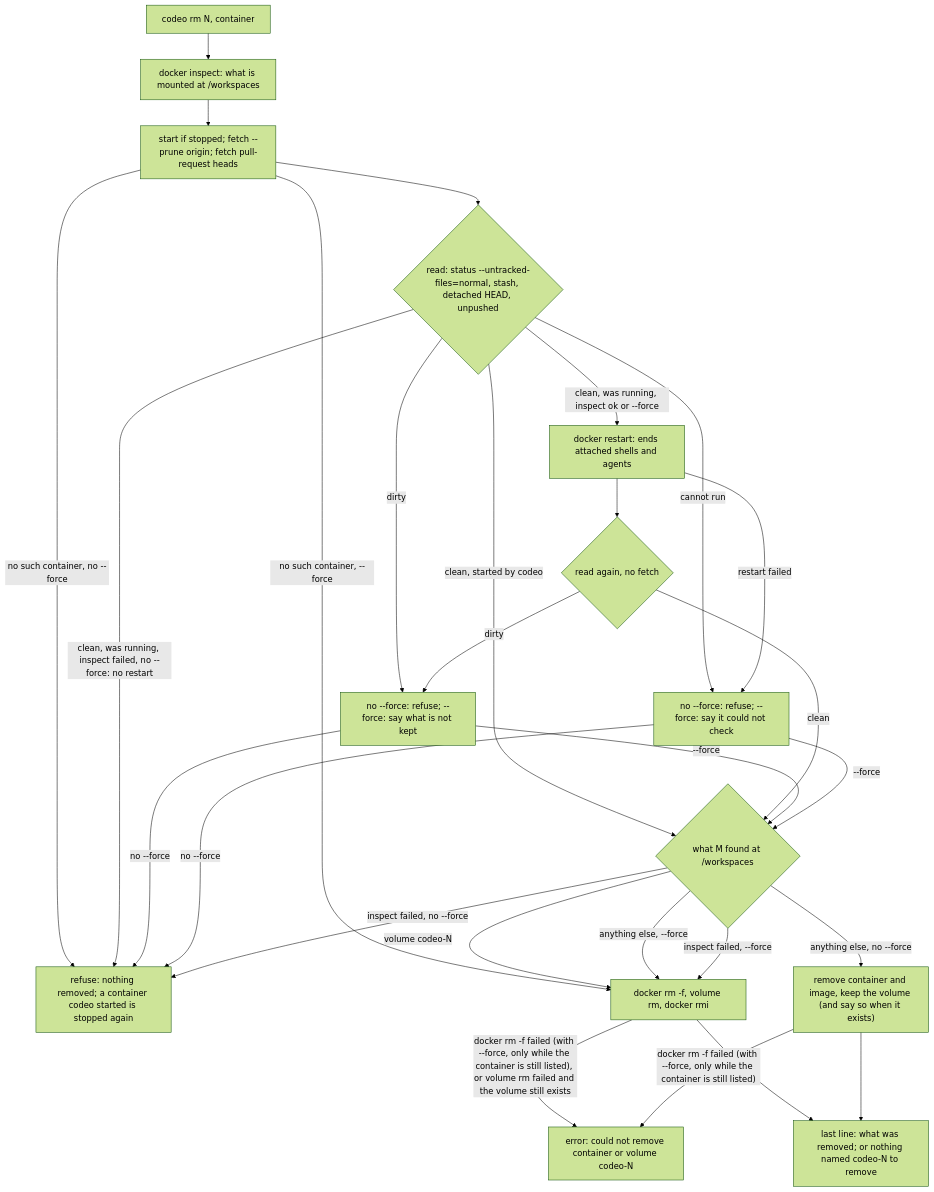
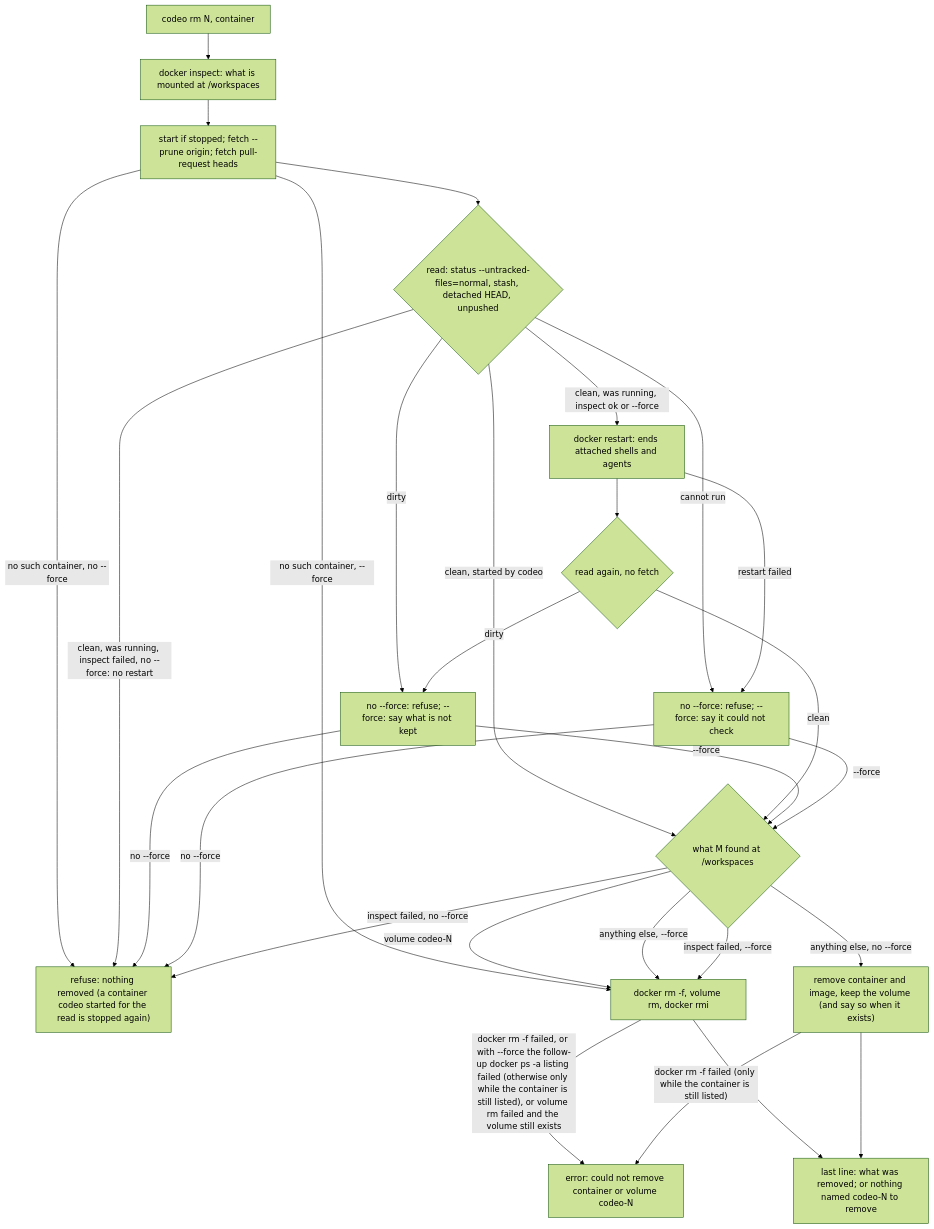
Before and after one commit to kbajpai/codeo: the second of 3 diagrams in .devcontainer/README.md, drawn with Mermaid (forest theme). The commit also changed other lines of this file and 2 other files, not shown here.

Commit message:
Fix documentation leftovers from #154 and #146
Correct the removal flowchart (G, H and Q labels), the inspect and sandbox
paragraphs, the v1.0.8 Shared state line, and release checklist step 6.

Refs #161

Claude-Session: https://claude.ai/code/session_01Sa1Zqe38ozSp8T3AtTqLHd

````diff
--- a/.devcontainer/README.md
+++ b/.devcontainer/README.md
@@ -195,30 +195,30 @@
 ```mermaid
 flowchart TD
     A["codeo rm N, container"] --> M["docker inspect: what is mounted at /workspaces"]
     M --> B["start if stopped; fetch --prune origin; fetch pull-request heads"]
-    B -- "no such container, no --force" --> Q["refuse: nothing removed; a container codeo started is stopped again"]
+    B -- "no such container, no --force" --> Q["refuse: nothing removed (a container codeo started for the read is stopped again)"]
     B -- "no such container, --force" --> G
     B --> C{"read: status --untracked-files=normal, stash, detached HEAD, unpushed"}
     C -- "dirty" --> R["no --force: refuse; --force: say what is not kept"]
     C -- "cannot run" --> X["no --force: refuse; --force: say it could not check"]
     C -- "clean, started by codeo" --> F
     C -- "clean, was running, inspect failed, no --force: no restart" --> Q
     C -- "clean, was running, inspect ok or --force" --> D["docker restart: ends attached shells and agents"]
     D -- "restart failed" --> X
     D --> E{"read again, no fetch"}
     E -- "dirty" --> R
     E -- "clean" --> F{"what M found at /workspaces"}
     R -- "--force" --> F
     X -- "--force" --> F
     R -- "no --force" --> Q
     X -- "no --force" --> Q
     F -- "volume codeo-N" --> G["docker rm -f, volume rm, docker rmi"]
     F -- "anything else, --force" --> G
     F -- "anything else, no --force" --> H["remove container and image, keep the volume (and say so when it exists)"]
     F -- "inspect failed, --force" --> G
     F -- "inspect failed, no --force" --> Q
-    G -- "docker rm -f failed (with --force, only while the container is still listed), or volume rm failed and the volume still exists" --> Y["error: could not remove container or volume codeo-N"]
-    H -- "docker rm -f failed (with --force, only while the container is still listed)" --> Y
+    G -- "docker rm -f failed, or with --force the follow-up docker ps -a listing failed (otherwise only while the container is still listed), or volume rm failed and the volume still exists" --> Y["error: could not remove container or volume codeo-N"]
+    H -- "docker rm -f failed (only while the container is still listed)" --> Y
     G --> Z["last line: what was removed; or nothing named codeo-N to remove"]
     H --> Z
 ```
````
